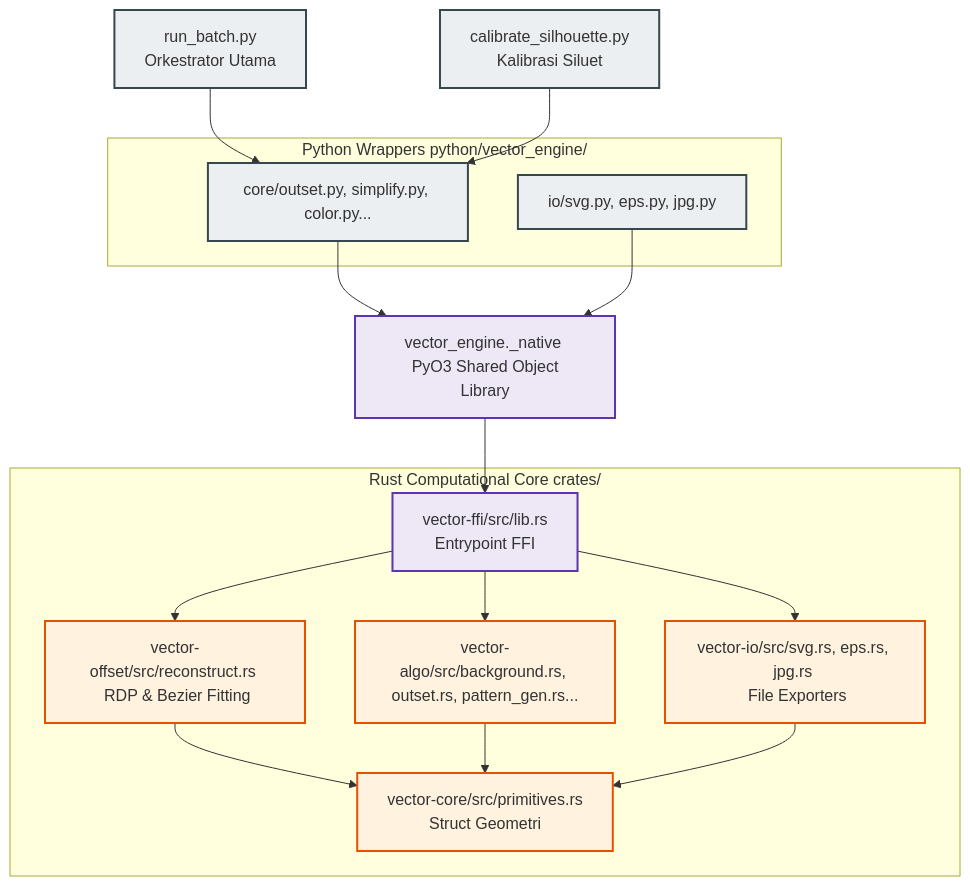
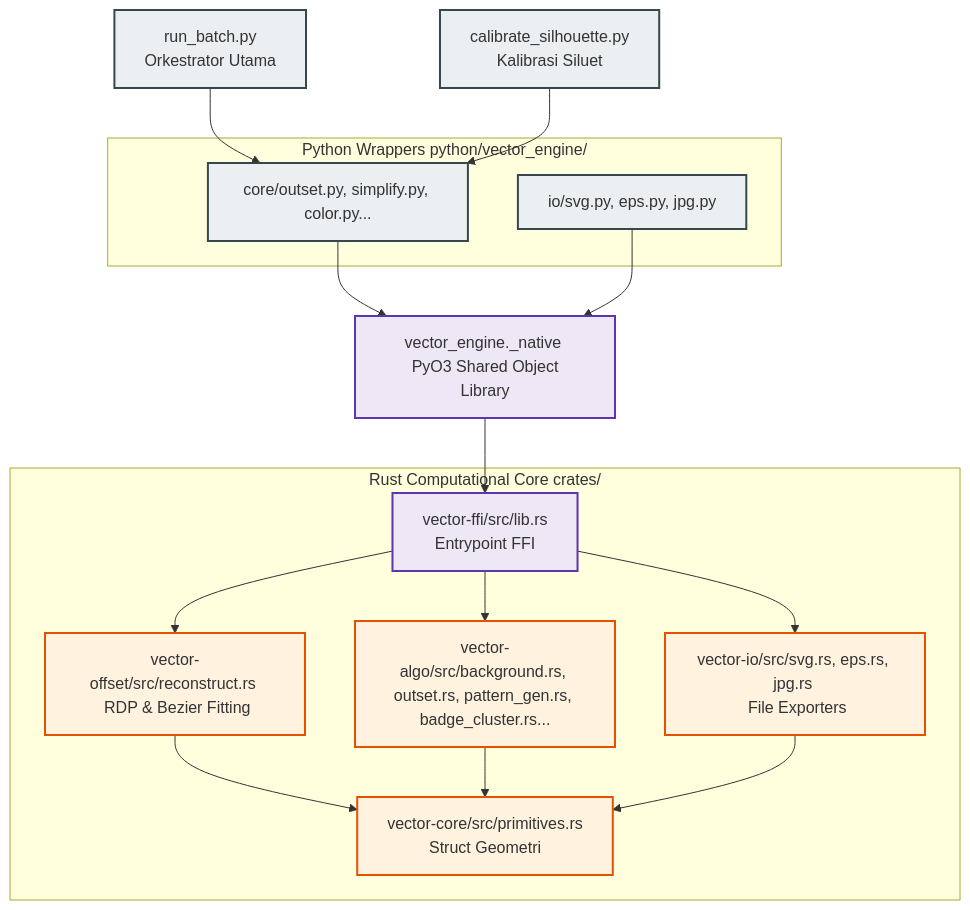
The diagram in README.md (panji012/vector_engine), drawn with Mermaid before and after one commit. The commit also changed other lines of this file and 8 other files, not shown here.

Commit message:
feat: migrate multi-phase pipeline to 100% native Rust CLI (vector-cli)

````diff
--- a/README.md
+++ b/README.md
@@ -21,42 +21,42 @@
 ```mermaid
 graph TD
     %% Style Definitions
     classDef python fill:#ECEFF1,stroke:#37474F,stroke-width:2px;
     classDef rust fill:#FFF3E0,stroke:#E65100,stroke-width:2px;
     classDef hybrid fill:#E1F5FE,stroke:#0288D1,stroke-width:2px;
     classDef bridge fill:#EDE7F6,stroke:#5E35B1,stroke-width:2px;
 
     %% Python Entrypoints & Wrappers
     CLI[run_batch.py <br> Orkestrator Utama]:::python
     Calib[calibrate_silhouette.py <br> Kalibrasi Siluet]:::python
     
     subgraph Python Wrappers python/vector_engine/
         CorePy[core/outset.py, simplify.py, color.py...]:::python
         IoPy[io/svg.py, eps.py, jpg.py]:::python
     end
 
     %% PyO3 FFI Bridge Layer
     FFI[vector_engine._native <br> PyO3 Shared Object Library]:::bridge
 
     %% Rust Core Engine
     subgraph Rust Computational Core crates/
         FFI_RS[vector-ffi/src/lib.rs <br> Entrypoint FFI]:::bridge
         Offset_RS[vector-offset/src/reconstruct.rs <br> RDP & Bezier Fitting]:::rust
-        Algo_RS[vector-algo/src/background.rs, outset.rs, pattern_gen.rs...]:::rust
+        Algo_RS[vector-algo/src/background.rs, outset.rs, pattern_gen.rs, badge_cluster.rs...]:::rust
         Io_RS[vector-io/src/svg.rs, eps.rs, jpg.rs <br> File Exporters]:::rust
         Core_RS[vector-core/src/primitives.rs <br> Struct Geometri]:::rust
     end
 
     %% Relations
     CLI --> CorePy
     Calib --> CorePy
     CorePy --> FFI
     IoPy --> FFI
     FFI --> FFI_RS
     FFI_RS --> Offset_RS
     FFI_RS --> Algo_RS
     FFI_RS --> Io_RS
     Offset_RS --> Core_RS
     Algo_RS --> Core_RS
     Io_RS --> Core_RS
 ```
````
